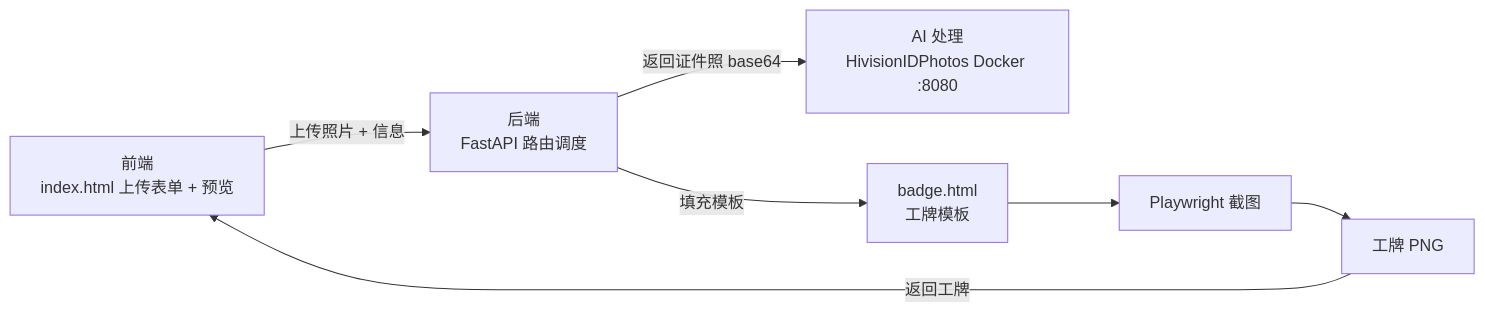
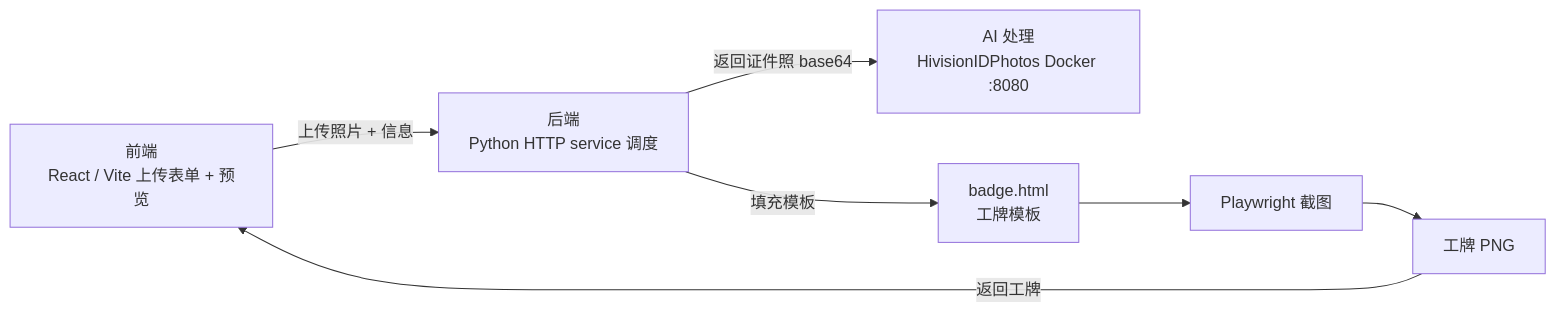
Before and after one commit to frtghyujkiolsas-lab/ai-sdd: the second of 2 diagrams in docs/02-prd.md, drawn with Mermaid. The commit also changed other lines of this file and 7 other files, not shown here.

````diff
--- a/docs/02-prd.md
+++ b/docs/02-prd.md
@@ -131,9 +141,9 @@
 ```mermaid
 flowchart LR
-    A["前端<br/>index.html 上传表单 + 预览"] -->|上传照片 + 信息| B["后端<br/>FastAPI 路由调度"]
+    A["前端<br/>React / Vite 上传表单 + 预览"] -->|上传照片 + 信息| B["后端<br/>Python HTTP service 调度"]
     B -->|返回证件照 base64| C["AI 处理<br/>HivisionIDPhotos Docker :8080"]
     B -->|填充模板| D["badge.html<br/>工牌模板"]
     D --> E["Playwright 截图"]
     E --> F["工牌 PNG"]
     F -->|返回工牌| A
 ```
````
